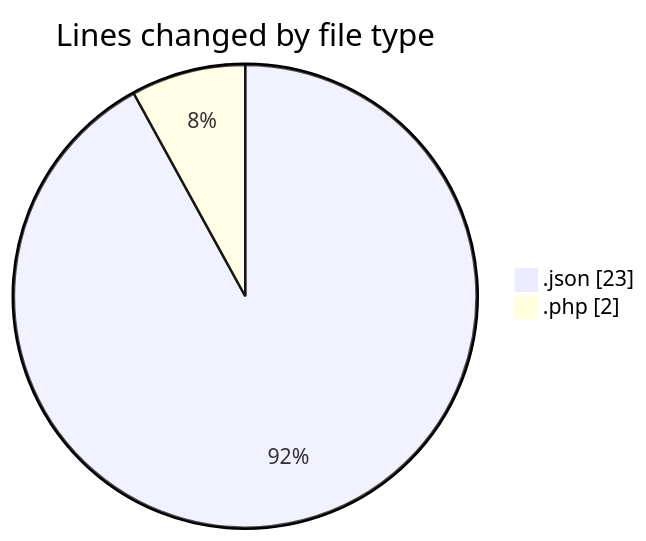
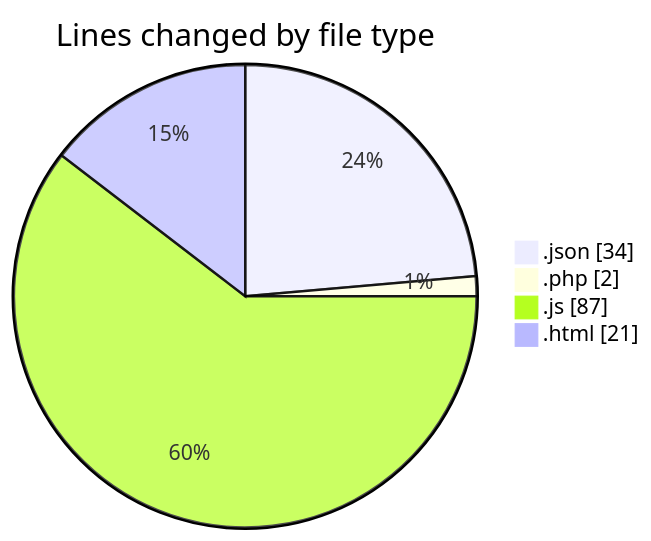
The first of 2 diagrams in 2025-03-27/kml/README.md (LanceThiago/code-tracking), drawn with Mermaid before and after one commit. The commit also changed other lines of this file and 1 other file, not shown here.

````diff
--- a/2025-03-27/kml/README.md
+++ b/2025-03-27/kml/README.md
@@ -21,6 +25,8 @@
 ```mermaid
 pie showData
 title Lines changed by file type
-".json" : 23
+".json" : 34
 ".php" : 2
+".js" : 87
+".html" : 21
 ```
````
